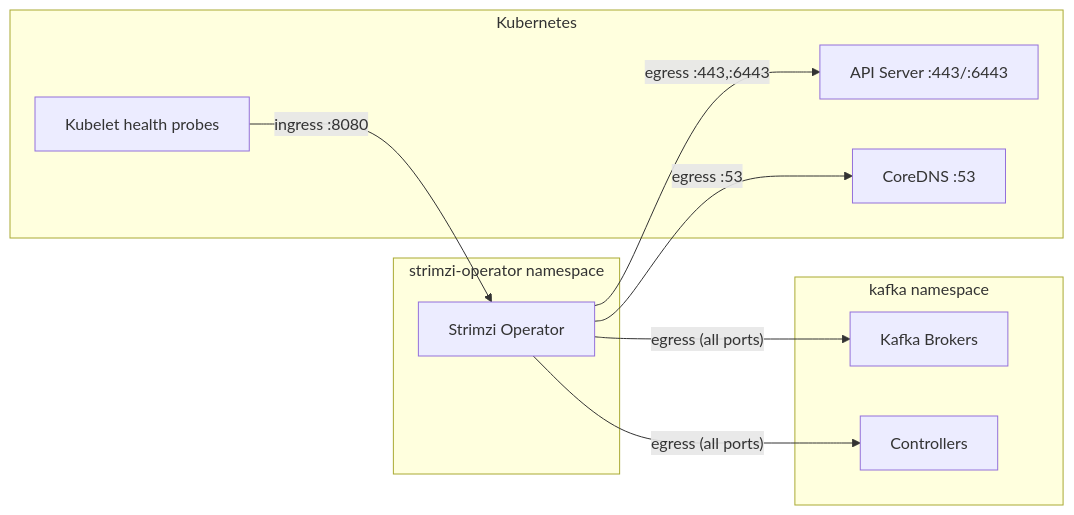
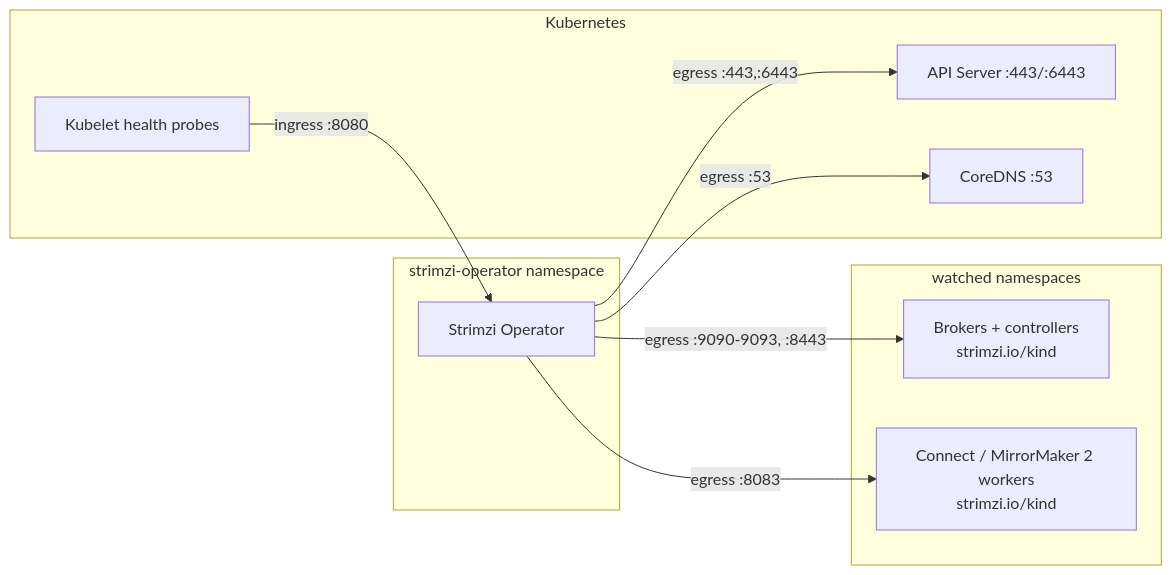
Before and after one commit to actions-marketplace-validations/bmscomp_kates: the fifth of 6 diagrams in docs/book/15-kafka-deployment.md, drawn with Mermaid. The commit also changed other lines of this file and 284 other files, not shown here.

````diff
--- a/docs/book/15-kafka-deployment.md
+++ b/docs/book/15-kafka-deployment.md
@@ -380,23 +386,23 @@
 ```mermaid
 graph LR
     subgraph "strimzi-operator namespace"
         OP["Strimzi Operator"]
     end
 
-    subgraph "kafka namespace"
-        Brokers["Kafka Brokers"]
-        Controllers["Controllers"]
+    subgraph "watched namespaces"
+        Brokers["Brokers + controllers<br/>strimzi.io/kind"]
+        Workers["Connect / MirrorMaker 2 workers<br/>strimzi.io/kind"]
     end
 
     subgraph Kubernetes
         API["API Server :443/:6443"]
         DNS["CoreDNS :53"]
         Kubelet["Kubelet health probes"]
     end
 
     Kubelet -->|"ingress :8080"| OP
     OP -->|"egress :53"| DNS
     OP -->|"egress :443,:6443"| API
-    OP -->|"egress (all ports)"| Brokers
-    OP -->|"egress (all ports)"| Controllers
+    OP -->|"egress :9090-9093, :8443"| Brokers
+    OP -->|"egress :8083"| Workers
 ```
````
